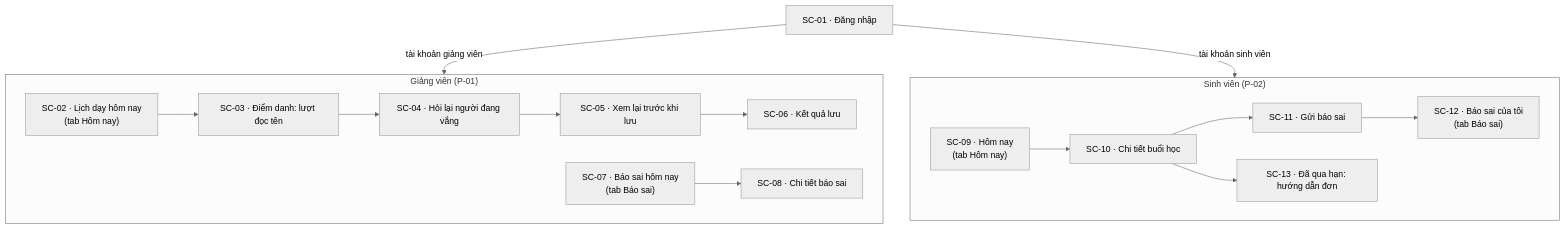
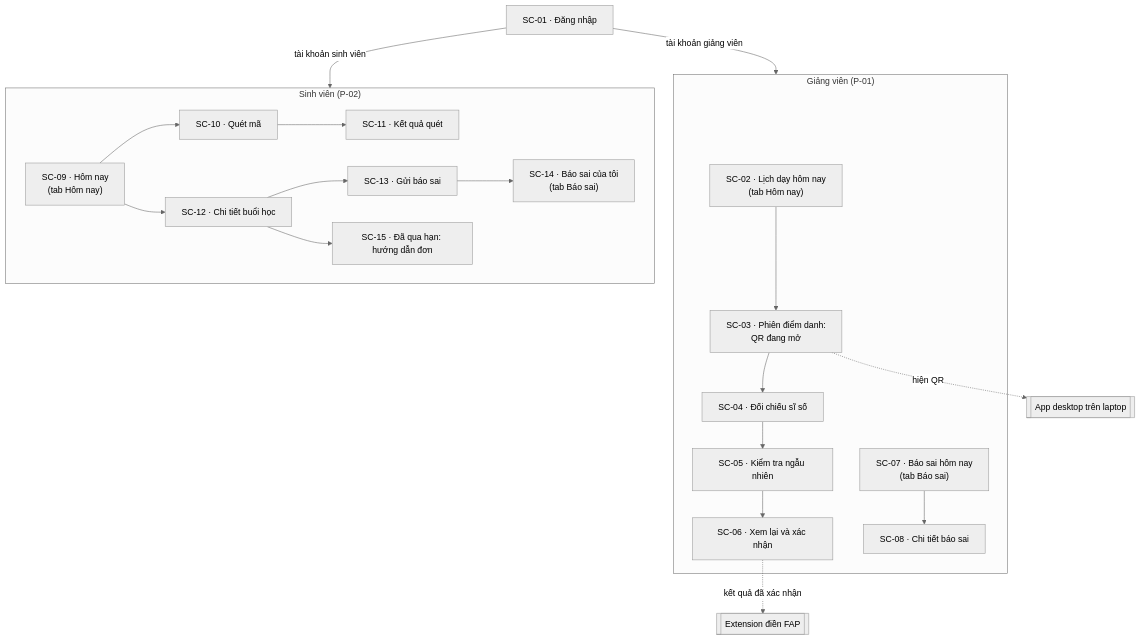
One commit to thiengthb/prm323-lab2-SE190533-archieve changed the first of 4 diagrams in ux/user-flow.md. Above: the diagram before and after it, drawn with Mermaid (neutral theme). The commit also changed other lines of this file and 3 other files, not shown here.

First line of the commit message:
Rewrite lecturer flow for projected QR attendance (D-19)

````diff
--- a/ux/user-flow.md
+++ b/ux/user-flow.md
@@ -20,24 +25,29 @@
 ```mermaid
 graph TD
     SC01["SC-01 · Đăng nhập"] -->|tài khoản giảng viên| GV
     SC01 -->|tài khoản sinh viên| SV
 
     subgraph GV["Giảng viên (P-01)"]
         SC02["SC-02 · Lịch dạy hôm nay<br/>(tab Hôm nay)"]
         SC07["SC-07 · Báo sai hôm nay<br/>(tab Báo sai)"]
-        SC02 --> SC03["SC-03 · Điểm danh: lượt đọc tên"]
-        SC03 --> SC04["SC-04 · Hỏi lại người đang vắng"]
-        SC04 --> SC05["SC-05 · Xem lại trước khi lưu"]
-        SC05 --> SC06["SC-06 · Kết quả lưu"]
+        SC02 --> SC03["SC-03 · Phiên điểm danh:<br/>QR đang mở"]
+        SC03 --> SC04["SC-04 · Đối chiếu sĩ số"]
+        SC04 --> SC05["SC-05 · Kiểm tra ngẫu nhiên"]
+        SC05 --> SC06["SC-06 · Xem lại và xác nhận"]
         SC07 --> SC08["SC-08 · Chi tiết báo sai"]
     end
 
     subgraph SV["Sinh viên (P-02)"]
         SC09["SC-09 · Hôm nay<br/>(tab Hôm nay)"]
-        SC12["SC-12 · Báo sai của tôi<br/>(tab Báo sai)"]
-        SC09 --> SC10["SC-10 · Chi tiết buổi học"]
-        SC10 --> SC11["SC-11 · Gửi báo sai"]
-        SC10 --> SC13["SC-13 · Đã qua hạn: hướng dẫn đơn"]
-        SC11 --> SC12
+        SC14["SC-14 · Báo sai của tôi<br/>(tab Báo sai)"]
+        SC09 --> SC10["SC-10 · Quét mã"]
+        SC10 --> SC11["SC-11 · Kết quả quét"]
+        SC09 --> SC12["SC-12 · Chi tiết buổi học"]
+        SC12 --> SC13["SC-13 · Gửi báo sai"]
+        SC12 --> SC15["SC-15 · Đã qua hạn: hướng dẫn đơn"]
+        SC13 --> SC14
     end
+
+    SC03 -.->|hiện QR| DESK[["App desktop trên laptop"]]
+    SC06 -.->|kết quả đã xác nhận| EXT[["Extension điền FAP"]]
 ```
````
